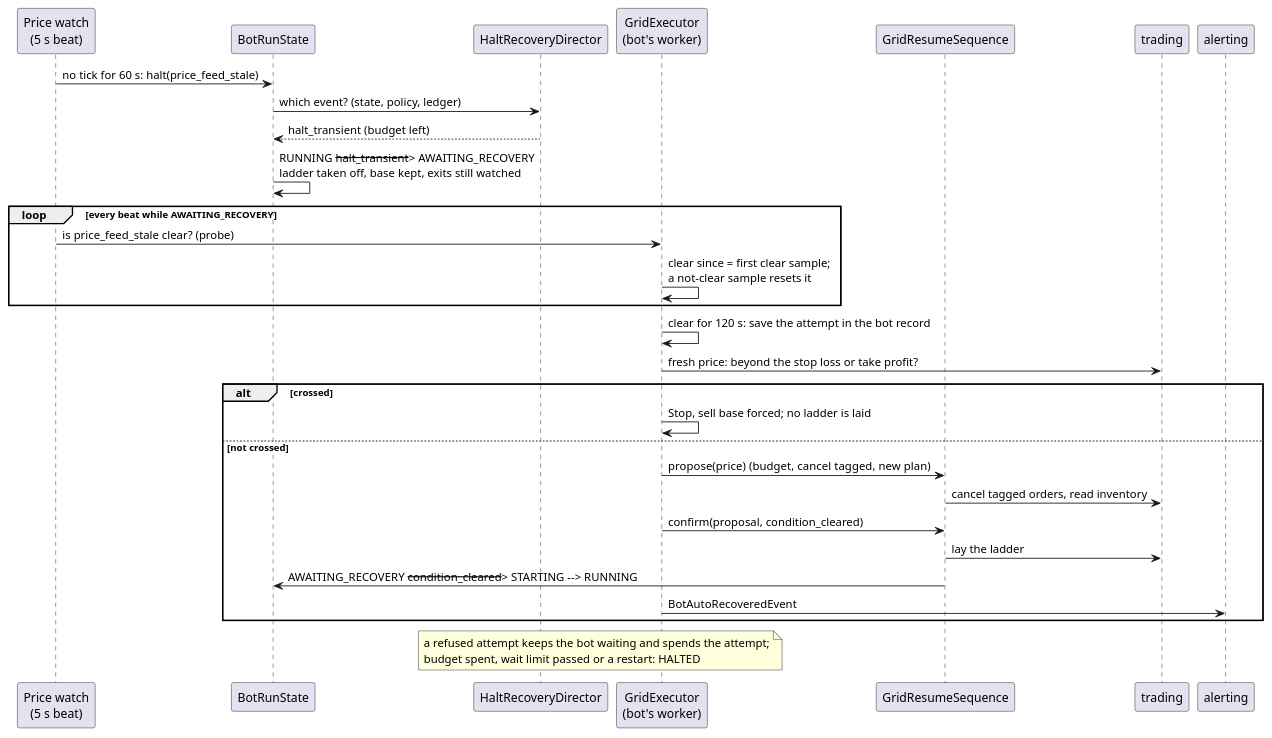
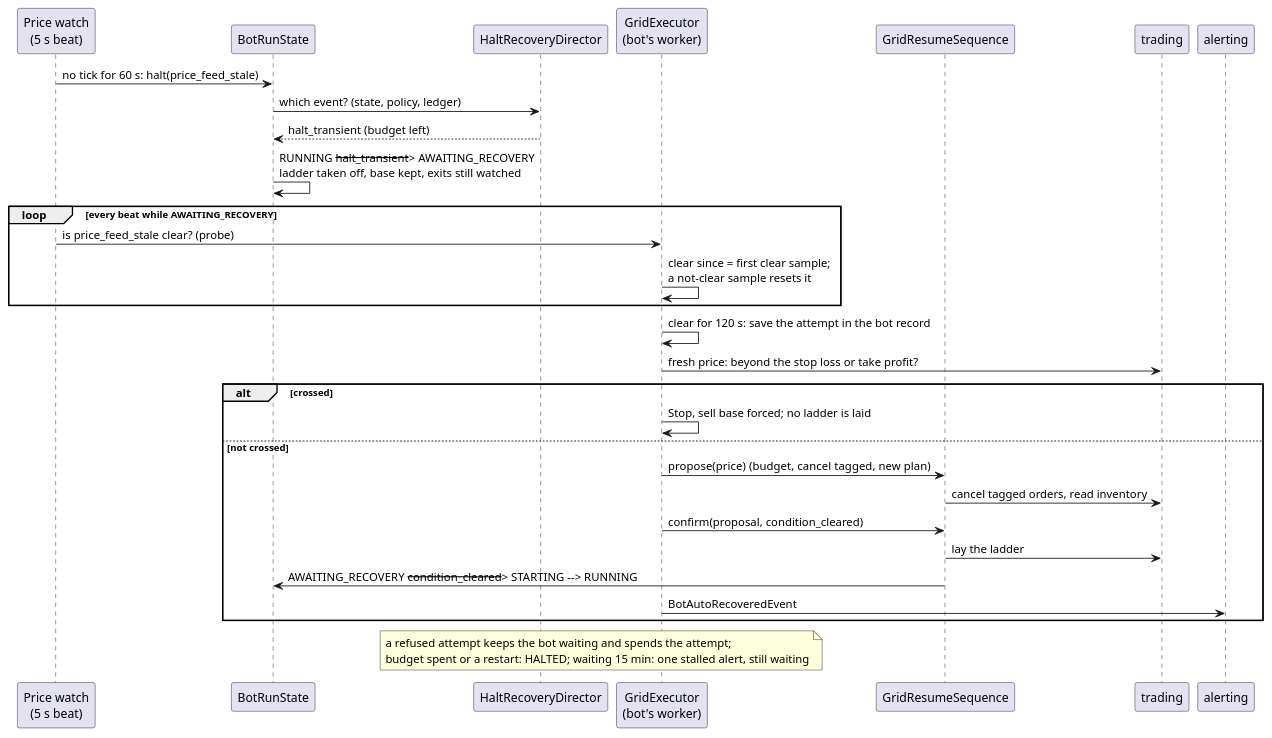
Before and after one commit to anhembedded/Sagittarius_Elite_Warrior: the diagram in Docs/MODULES/bots/diagrams/06-halt-recovery.puml, drawn with PlantUML. The commit also changed 10 other files, not shown here.

First line of the commit message:
docs(epic-042): the owner chose option b for the long wait: keep waiting and alert, no wait limit (EPIC-042A)

```diff
--- a/Docs/MODULES/bots/diagrams/06-halt-recovery.puml
+++ b/Docs/MODULES/bots/diagrams/06-halt-recovery.puml
@@ -3,31 +3,31 @@
 @startuml 06-halt-recovery
 participant "Price watch\n(5 s beat)" as W
 participant "BotRunState" as S
 participant "HaltRecoveryDirector" as D
 participant "GridExecutor\n(bot's worker)" as G
 participant "GridResumeSequence" as R
 participant trading as T
 participant alerting as A
 
 W -> S : no tick for 60 s: halt(price_feed_stale)
 S -> D : which event? (state, policy, ledger)
 D --> S : halt_transient (budget left)
 S -> S : RUNNING --halt_transient--> AWAITING_RECOVERY\nladder taken off, base kept, exits still watched
 loop every beat while AWAITING_RECOVERY
   W -> G : is price_feed_stale clear? (probe)
   G -> G : clear since = first clear sample;\na not-clear sample resets it
 end
 G -> G : clear for 120 s: save the attempt in the bot record
 G -> T : fresh price: beyond the stop loss or take profit?
 alt crossed
   G -> G : Stop, sell base forced; no ladder is laid
 else not crossed
   G -> R : propose(price)  (budget, cancel tagged, new plan)
   R -> T : cancel tagged orders, read inventory
   G -> R : confirm(proposal, condition_cleared)
   R -> T : lay the ladder
   R -> S : AWAITING_RECOVERY --condition_cleared--> STARTING --> RUNNING
   G -> A : BotAutoRecoveredEvent
 end
-note over G, D : a refused attempt keeps the bot waiting and spends the attempt;\nbudget spent, wait limit passed or a restart: HALTED
+note over G, D : a refused attempt keeps the bot waiting and spends the attempt;\nbudget spent or a restart: HALTED; waiting 15 min: one stalled alert, still waiting
 @enduml
```
